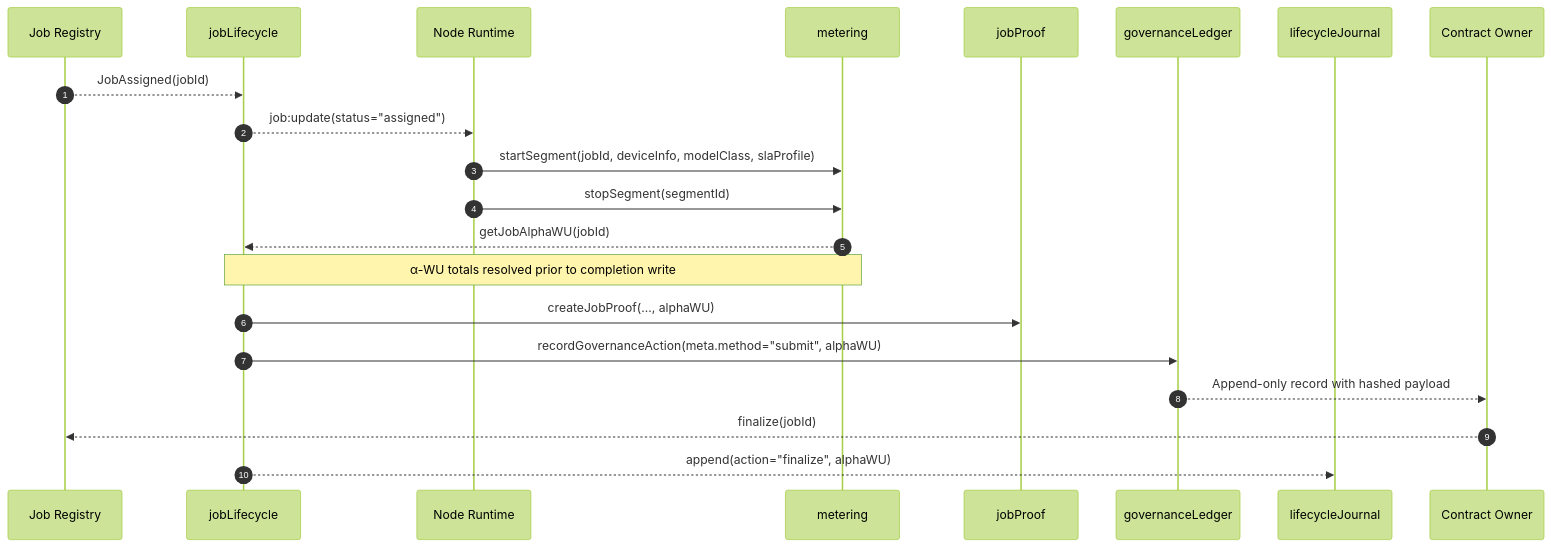
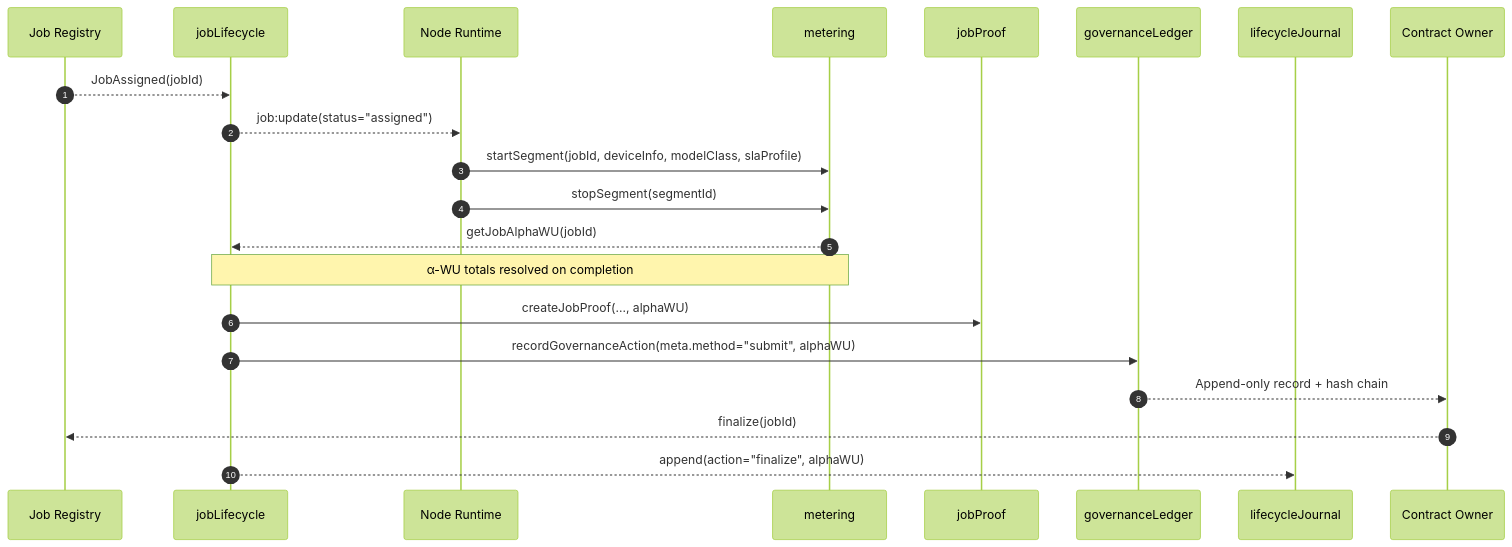
The second of 2 diagrams in README.md (MontrealAI/AGI-Alpha-Node-v0), drawn with Mermaid (forest theme) before and after one commit. The commit also changed other lines of this file, not shown here.

````diff
--- a/README.md
+++ b/README.md
@@ -110,24 +105,24 @@
 ```mermaid
 sequenceDiagram
   autonumber
   participant Registry as Job Registry
   participant Lifecycle as jobLifecycle
   participant Runtime as Node Runtime
   participant Meter as metering
   participant Proof as jobProof
   participant Ledger as governanceLedger
   participant Journal as lifecycleJournal
   participant Owner as Contract Owner
 
   Registry-->>Lifecycle: JobAssigned(jobId)
   Lifecycle-->>Runtime: job:update(status="assigned")
   Runtime->>Meter: startSegment(jobId, deviceInfo, modelClass, slaProfile)
   Runtime->>Meter: stopSegment(segmentId)
   Meter-->>Lifecycle: getJobAlphaWU(jobId)
-  Note over Meter,Lifecycle: α-WU totals resolved prior to completion write
+  note over Meter,Lifecycle: α-WU totals resolved on completion
   Lifecycle->>Proof: createJobProof(..., alphaWU)
   Lifecycle->>Ledger: recordGovernanceAction(meta.method="submit", alphaWU)
-  Ledger-->>Owner: Append-only record with hashed payload
+  Ledger-->>Owner: Append-only record + hash chain
   Owner-->>Registry: finalize(jobId)
   Lifecycle-->>Journal: append(action="finalize", alphaWU)
 ```
````
